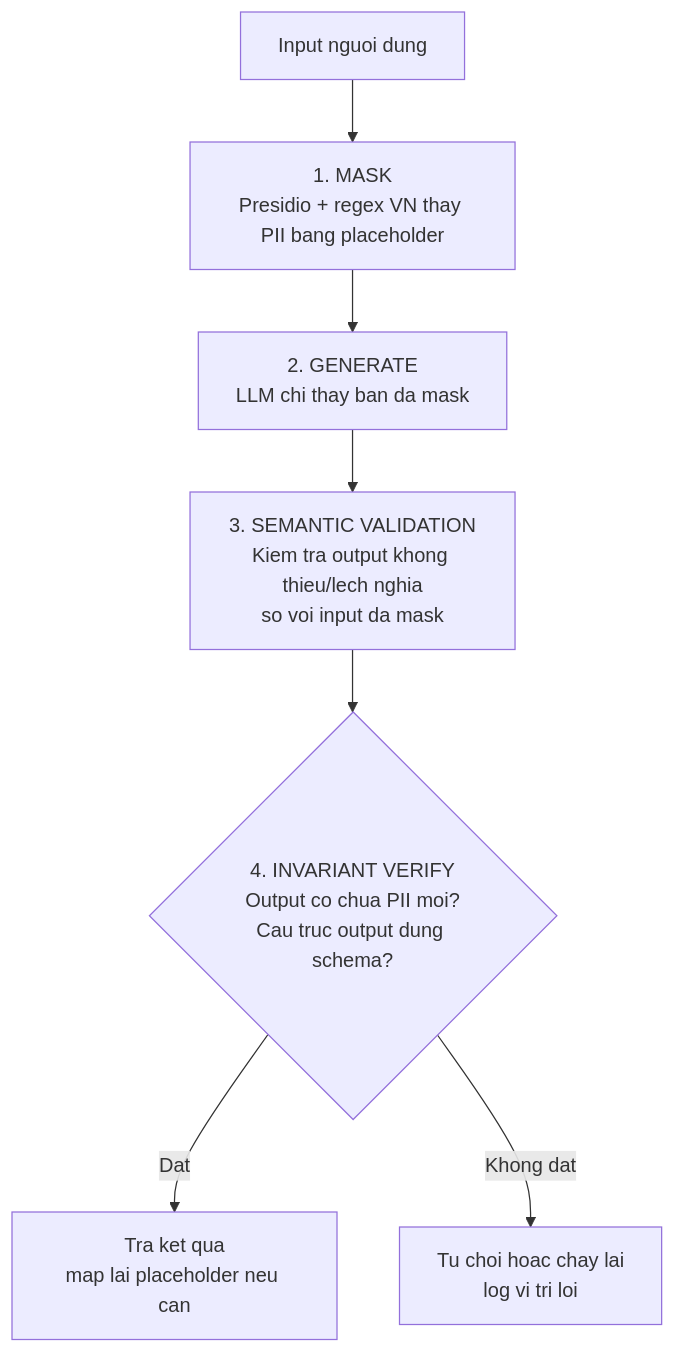
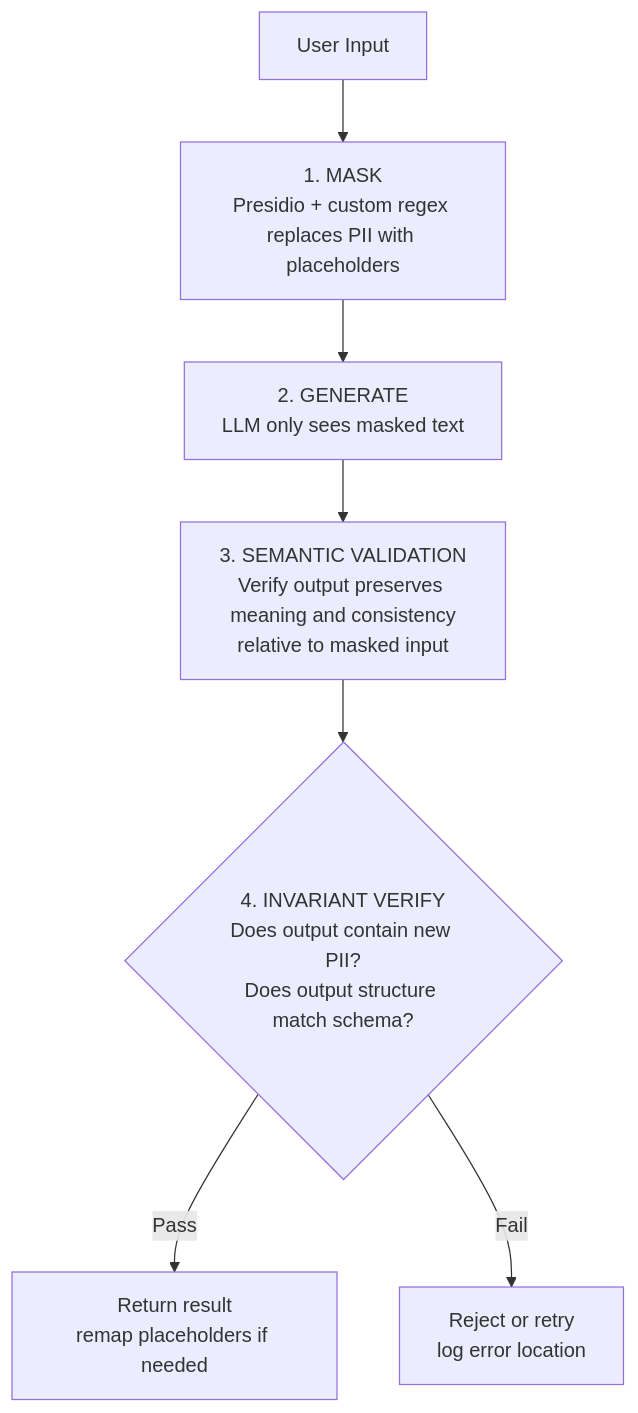
The first of 2 diagrams in knowledge-base/technical-book/chapter-11.md (Dokhacgiakhoa/Project-Builder-4-Agents), drawn with Mermaid before and after one commit. The commit also changed other lines of this file and 62 other files, not shown here.

````diff
--- a/knowledge-base/technical-book/chapter-11.md
+++ b/knowledge-base/technical-book/chapter-11.md
@@ -87,9 +87,9 @@
 ```mermaid
 flowchart TD
-    A["Input nguoi dung"] --> B["1. MASK<br/>Presidio + regex VN thay PII bang placeholder"]
-    B --> C["2. GENERATE<br/>LLM chi thay ban da mask"]
-    C --> D["3. SEMANTIC VALIDATION<br/>Kiem tra output khong thieu/lech nghia<br/>so voi input da mask"]
-    D --> E{"4. INVARIANT VERIFY<br/>Output co chua PII moi?<br>Cau truc output dung schema?"}
-    E -- "Dat" --> F["Tra ket qua<br/>map lai placeholder neu can"]
-    E -- "Khong dat" --> G["Tu choi hoac chay lai<br/>log vi tri loi"]
+    A["User Input"] --> B["1. MASK<br/>Presidio + custom regex replaces PII with placeholders"]
+    B --> C["2. GENERATE<br/>LLM only sees masked text"]
+    C --> D["3. SEMANTIC VALIDATION<br/>Verify output preserves meaning and consistency<br/>relative to masked input"]
+    D --> E{"4. INVARIANT VERIFY<br/>Does output contain new PII?<br/>Does output structure match schema?"}
+    E -- "Pass" --> F["Return result<br/>remap placeholders if needed"]
+    E -- "Fail" --> G["Reject or retry<br/>log error location"]
 ```
````
